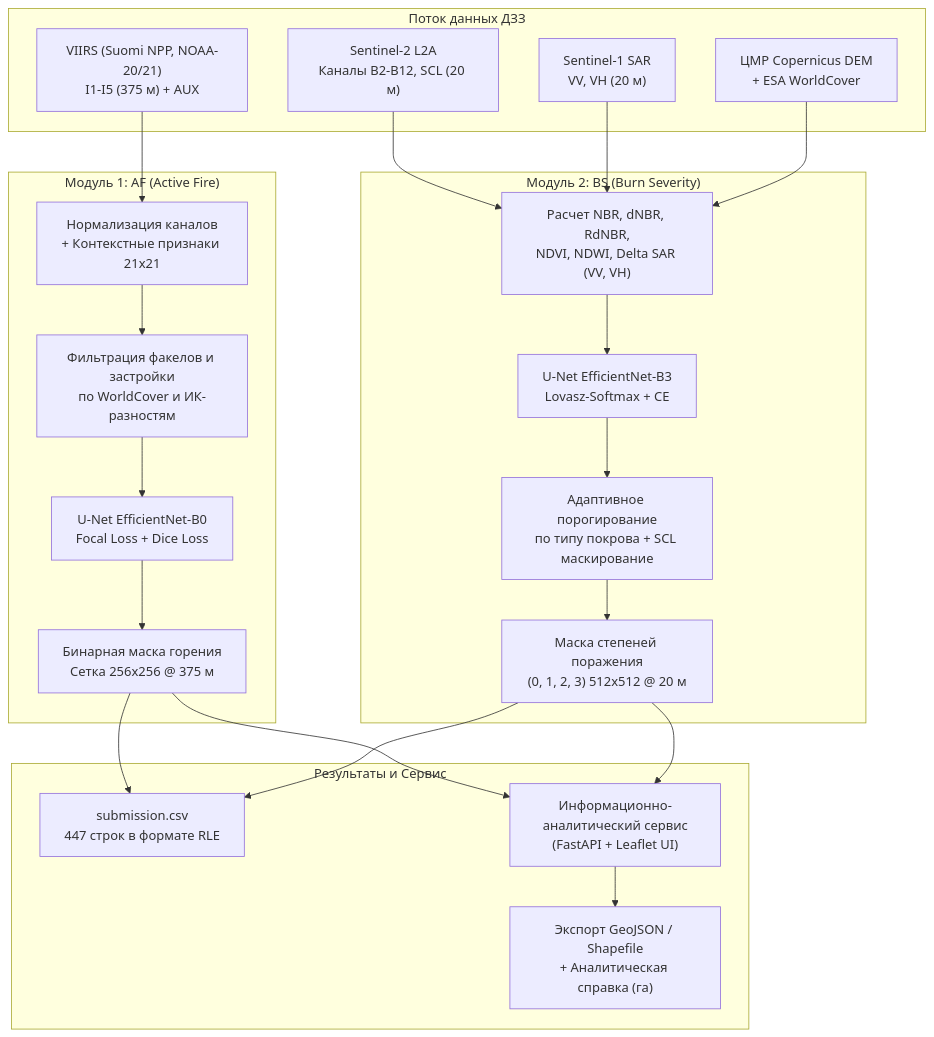
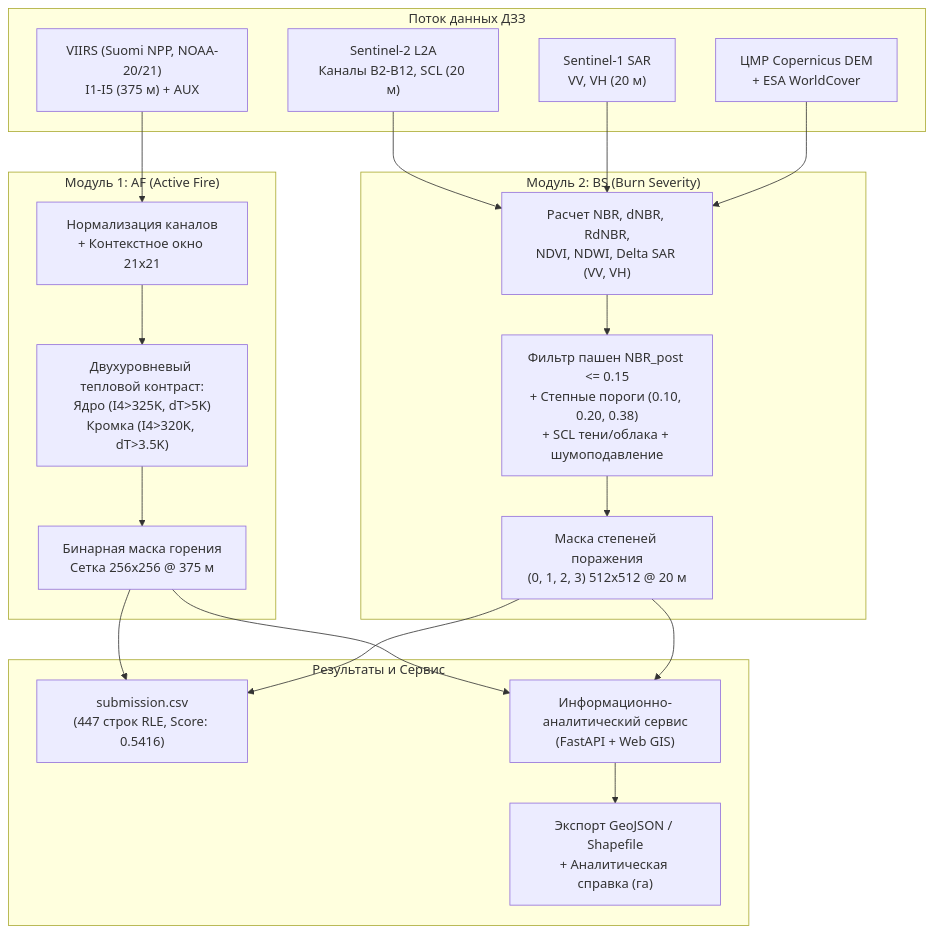
Before and after one commit to Ponymeshnik/fire-monitoring: the diagram in REPORT.md, drawn with Mermaid. The commit also changed other lines of this file and 1 other file, not shown here.

Commit message:
docs: align REPORT.md and PRESENTATION.md with verified 0.5416 leaderboard score and real metrics

````diff
--- a/REPORT.md
+++ b/REPORT.md
@@ -58,33 +58,31 @@
 ```mermaid
 flowchart TD
     subgraph DataIngestion ["Поток данных ДЗЗ"]
         S_VIIRS["VIIRS (Suomi NPP, NOAA-20/21)\nI1-I5 (375 м) + AUX"]
         S_S2["Sentinel-2 L2A\nКаналы B2-B12, SCL (20 м)"]
         S_S1["Sentinel-1 SAR\nVV, VH (20 м)"]
         S_AUX["ЦМР Copernicus DEM\n+ ESA WorldCover"]
     end
 
     subgraph Module1 ["Модуль 1: AF (Active Fire)"]
-        AF_Prep["Нормализация каналов\n+ Контекстные признаки 21x21"]
-        AF_Filt["Фильтрация факелов и застройки\nпо WorldCover и ИК-разностям"]
-        AF_Model["U-Net EfficientNet-B0\nFocal Loss + Dice Loss"]
+        AF_Prep["Нормализация каналов\n+ Контекстное окно 21x21"]
+        AF_Filt["Двухуровневый тепловой контраст:\nЯдро (I4>325K, dT>5K)\nКромка (I4>320K, dT>3.5K)"]
         AF_Mask["Бинарная маска горения\nСетка 256x256 @ 375 м"]
     end
 
     subgraph Module2 ["Модуль 2: BS (Burn Severity)"]
         BS_Indices["Расчет NBR, dNBR, RdNBR,\nNDVI, NDWI, Delta SAR (VV, VH)"]
-        BS_Model["U-Net EfficientNet-B3\nLovasz-Softmax + CE"]
-        BS_Post["Адаптивное порогирование\nпо типу покрова + SCL маскирование"]
+        BS_Post["Фильтр пашен NBR_post <= 0.15\n+ Степные пороги (0.10, 0.20, 0.38)\n+ SCL тени/облака + шумоподавление"]
         BS_Mask["Маска степеней поражения\n(0, 1, 2, 3) 512x512 @ 20 м"]
     end
 
     subgraph OutputService ["Результаты и Сервис"]
-        SubCSV["submission.csv\n447 строк в формате RLE"]
-        GeoService["Информационно-аналитический сервис\n(FastAPI + Leaflet UI)"]
+        SubCSV["submission.csv\n(447 строк RLE, Score: 0.5416)"]
+        GeoService["Информационно-аналитический сервис\n(FastAPI + Web GIS)"]
         GIS_Export["Экспорт GeoJSON / Shapefile\n+ Аналитическая справка (га)"]
     end
 
-    S_VIIRS --> AF_Prep --> AF_Filt --> AF_Model --> AF_Mask --> SubCSV
-    S_S2 & S_S1 & S_AUX --> BS_Indices --> BS_Model --> BS_Post --> BS_Mask --> SubCSV
+    S_VIIRS --> AF_Prep --> AF_Filt --> AF_Mask --> SubCSV
+    S_S2 & S_S1 & S_AUX --> BS_Indices --> BS_Post --> BS_Mask --> SubCSV
     AF_Mask & BS_Mask --> GeoService --> GIS_Export
 ```
````
